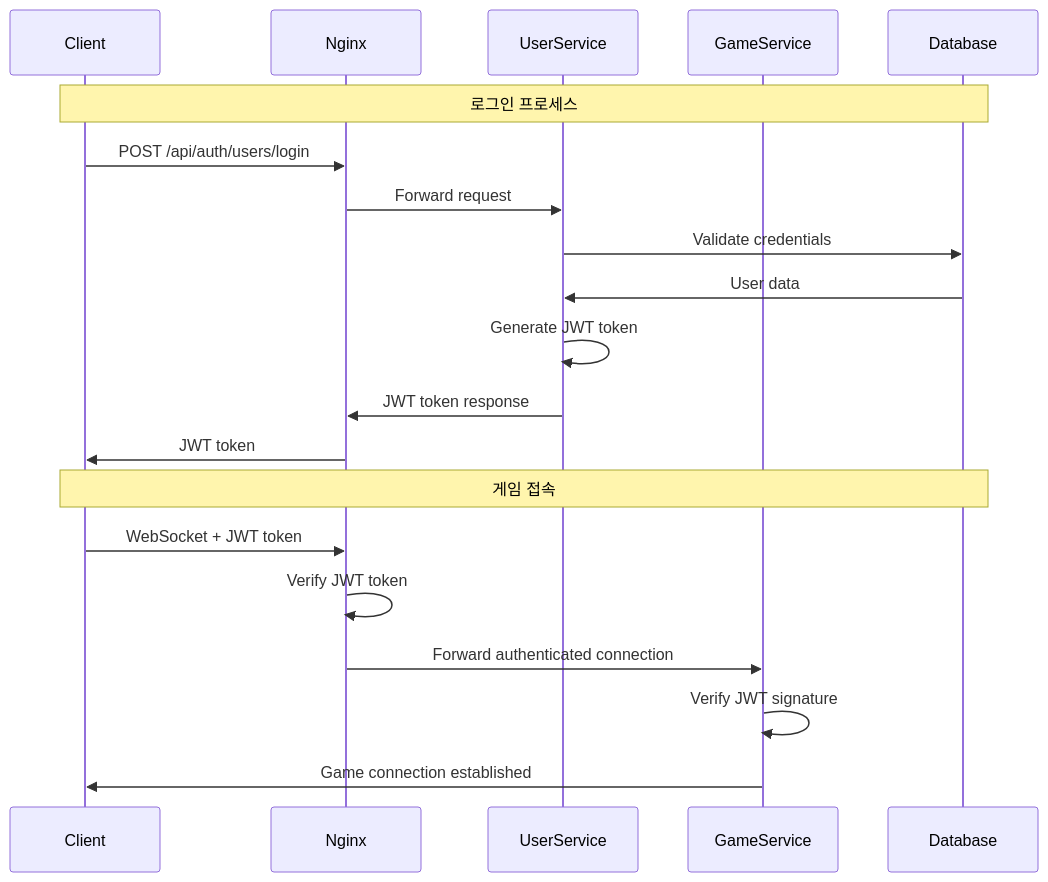
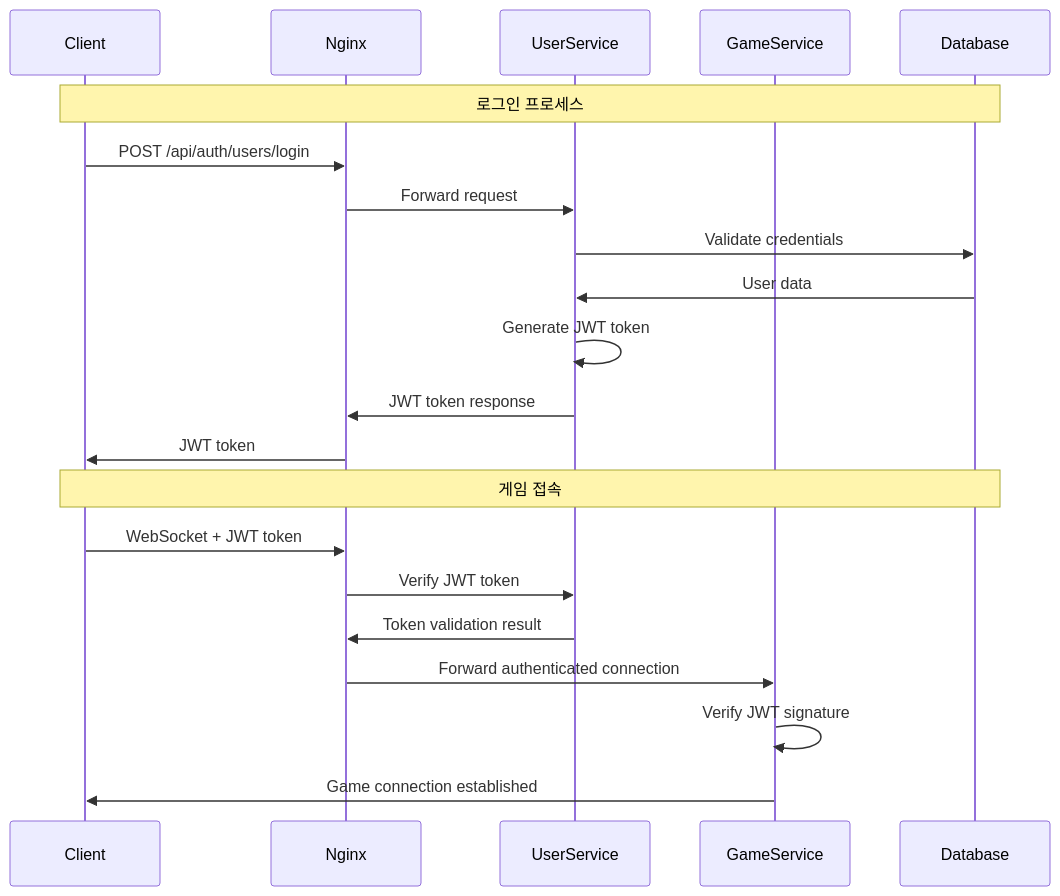
One commit to tanminkwan/test2 changed the second of 2 diagrams in README.md. Above: the diagram before and after it, drawn with Mermaid.

Commit message:
Fix: JWT 인증 플로우에서 Nginx가 UserService에 토큰 검증 요청하도록 다이어그램 수정

````diff
--- a/README.md
+++ b/README.md
@@ -53,24 +53,25 @@
 ```mermaid
 sequenceDiagram
     participant Client
     participant Nginx
     participant UserService
     participant GameService
     participant Database
     
     Note over Client, Database: 로그인 프로세스
     Client->>Nginx: POST /api/auth/users/login
     Nginx->>UserService: Forward request
     UserService->>Database: Validate credentials
     Database->>UserService: User data
     UserService->>UserService: Generate JWT token
     UserService->>Nginx: JWT token response
     Nginx->>Client: JWT token
     
     Note over Client, Database: 게임 접속
     Client->>Nginx: WebSocket + JWT token
-    Nginx->>Nginx: Verify JWT token
+    Nginx->>UserService: Verify JWT token
+    UserService->>Nginx: Token validation result
     Nginx->>GameService: Forward authenticated connection
     GameService->>GameService: Verify JWT signature
     GameService->>Client: Game connection established
 ```
````
